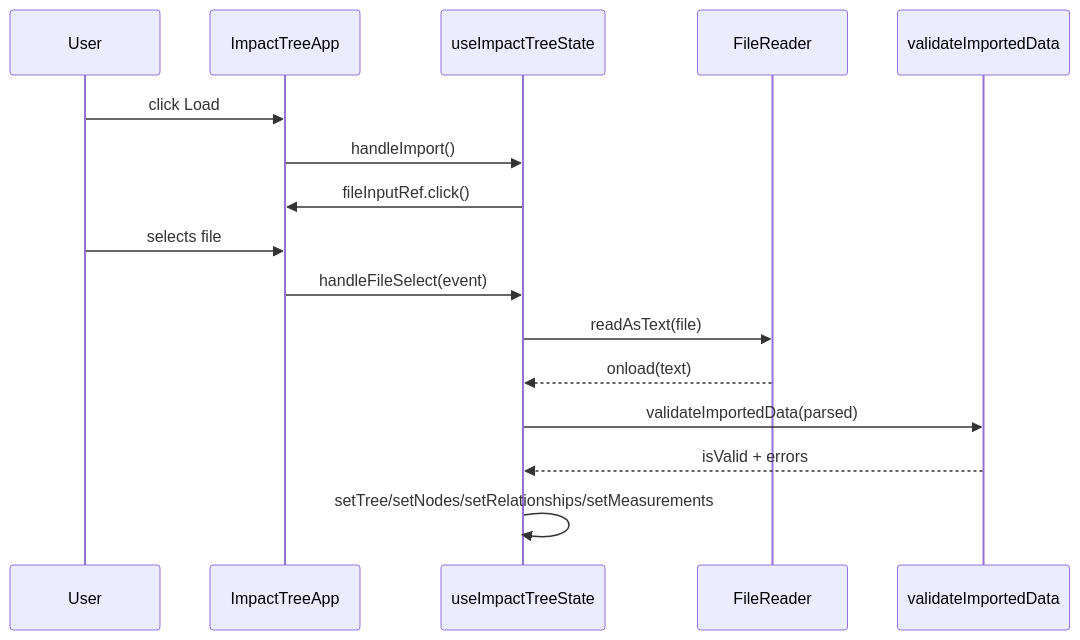
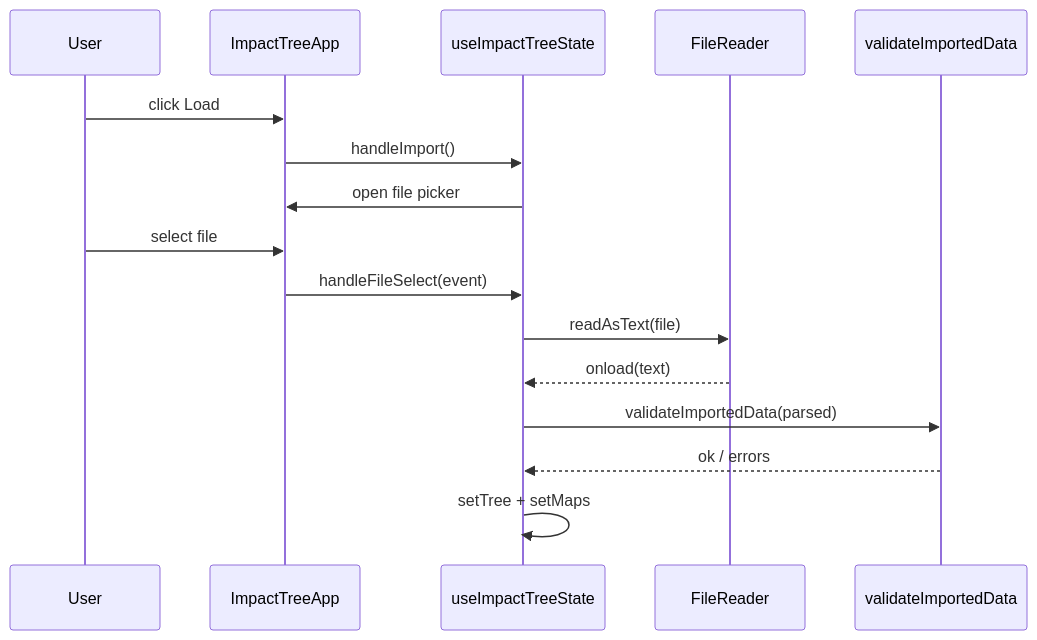
Before and after one commit to willis7/impact-tree-builder: the seventh of 8 diagrams in docs/ARCHITECTURE.md, drawn with Mermaid. The commit also changed other lines of this file, not shown here.

Commit message:
docs: fix mermaid diagram syntax

````diff
--- a/docs/ARCHITECTURE.md
+++ b/docs/ARCHITECTURE.md
@@ -401,20 +398,20 @@
 ```mermaid
 sequenceDiagram
   participant User
-  participant ImpactTreeApp
-  participant useImpactTreeState
-  participant FileReader
+  participant App as ImpactTreeApp
+  participant State as useImpactTreeState
+  participant Reader as FileReader
   participant Validation as validateImportedData
 
-  User->>ImpactTreeApp: click Load
-  ImpactTreeApp->>useImpactTreeState: handleImport()
-  useImpactTreeState->>ImpactTreeApp: fileInputRef.click()
+  User->>App: click Load
+  App->>State: handleImport()
+  State->>App: open file picker
 
-  User->>ImpactTreeApp: selects file
-  ImpactTreeApp->>useImpactTreeState: handleFileSelect(event)
-  useImpactTreeState->>FileReader: readAsText(file)
-  FileReader-->>useImpactTreeState: onload(text)
-  useImpactTreeState->>Validation: validateImportedData(parsed)
-  Validation-->>useImpactTreeState: isValid + errors
-  useImpactTreeState->>useImpactTreeState: setTree/setNodes/setRelationships/setMeasurements
+  User->>App: select file
+  App->>State: handleFileSelect(event)
+  State->>Reader: readAsText(file)
+  Reader-->>State: onload(text)
+  State->>Validation: validateImportedData(parsed)
+  Validation-->>State: ok / errors
+  State->>State: setTree + setMaps
 ```
````
